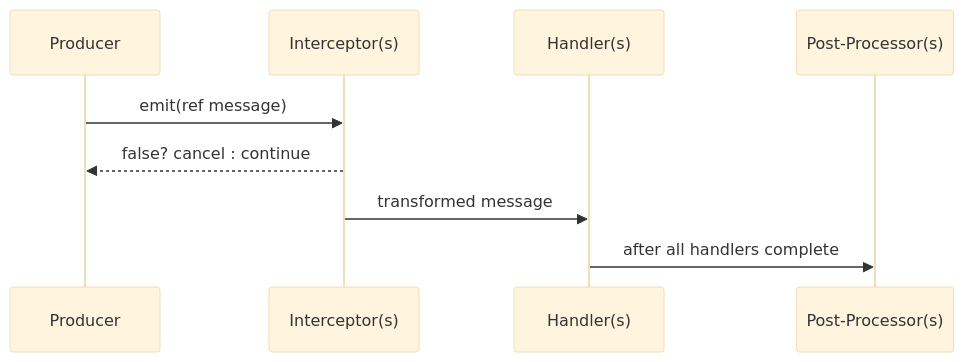
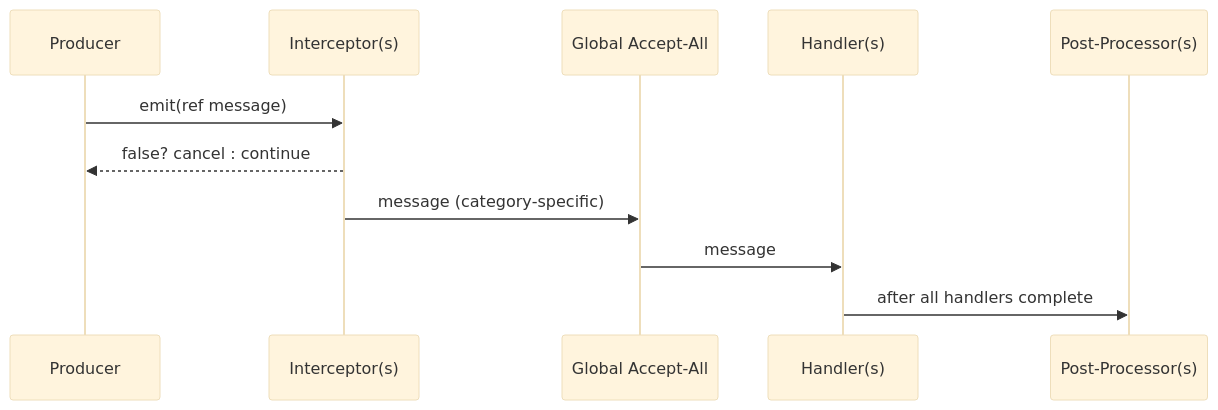
The second of 2 diagrams in Docs/InterceptorsAndOrdering.md (wallstop/DxMessaging), drawn with Mermaid (base theme) before and after one commit. The commit also changed other lines of this file and 103 other files, not shown here.

````diff
--- a/Docs/InterceptorsAndOrdering.md
+++ b/Docs/InterceptorsAndOrdering.md
@@ -46,11 +71,13 @@
 ```mermaid
 sequenceDiagram
     participant P as Producer
     participant I as Interceptor(s)
+    participant G as Global Accept‑All
     participant H as Handler(s)
     participant PP as Post‑Processor(s)
     P->>I: emit(ref message)
     I-->>P: false? cancel : continue
-    I->>H: transformed message
+    I->>G: message (category‑specific)
+    G->>H: message
     H->>PP: after all handlers complete
 ```
````
